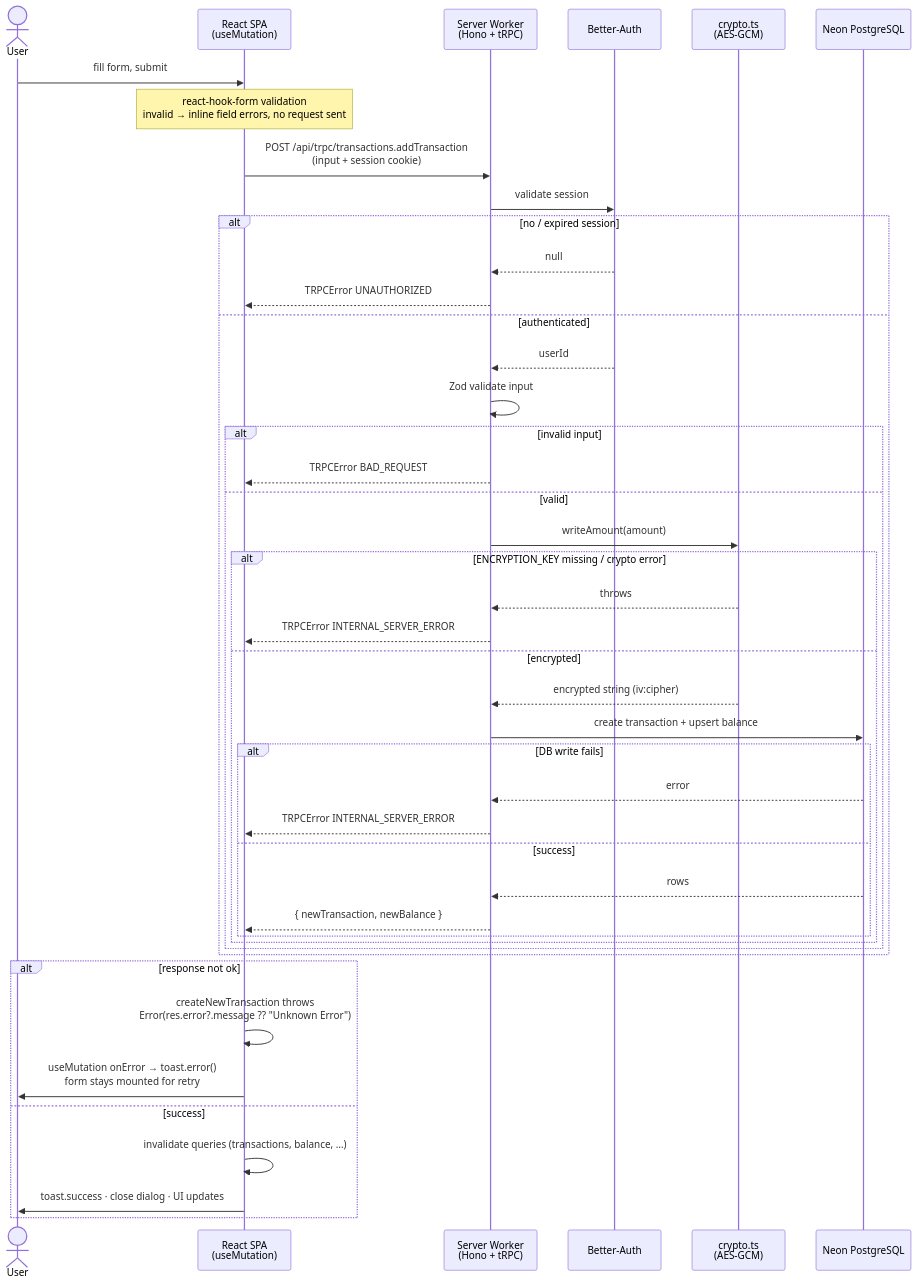
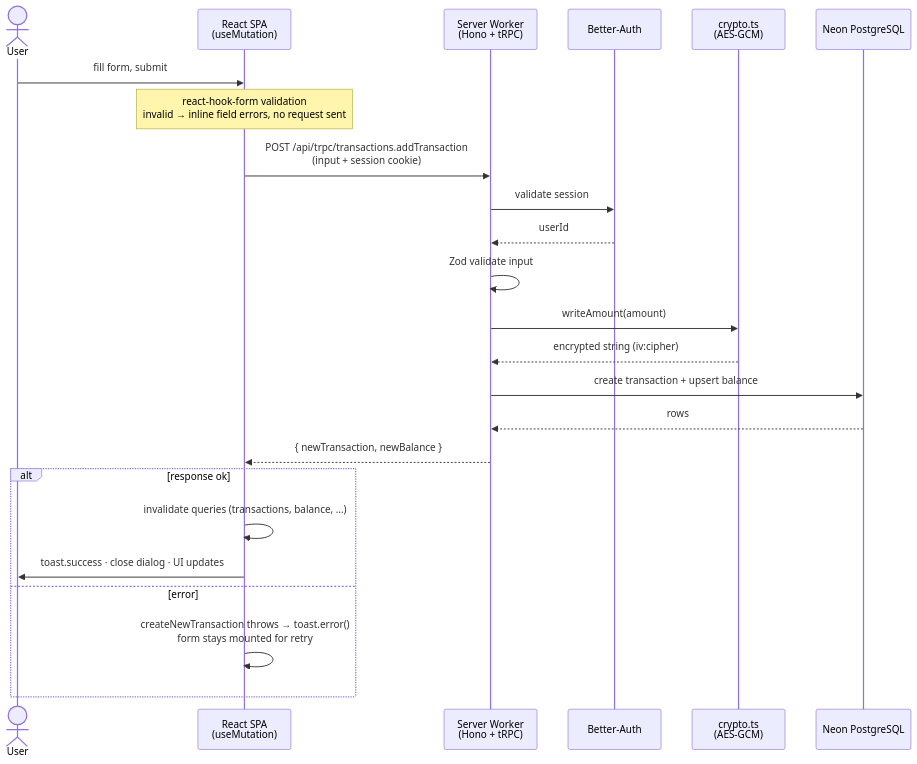
The second of 4 diagrams in SYSTEM_DESIGN.md (Pet3r1512/Zemonie), drawn with Mermaid before and after one commit. The commit also changed other lines of this file, not shown here.

Commit message:
doc: minimal error handler

````diff
--- a/SYSTEM_DESIGN.md
+++ b/SYSTEM_DESIGN.md
@@ -63,51 +63,31 @@
 ```mermaid
 sequenceDiagram
     actor User
     participant SPA as React SPA<br/>(useMutation)
     participant API as Server Worker<br/>(Hono + tRPC)
     participant Auth as Better-Auth
     participant Crypto as crypto.ts<br/>(AES-GCM)
     participant DB as Neon PostgreSQL
 
     User->>SPA: fill form, submit
 
     Note over SPA: react-hook-form validation<br/>invalid → inline field errors, no request sent
 
     SPA->>API: POST /api/trpc/transactions.addTransaction<br/>(input + session cookie)
 
     API->>Auth: validate session
-    alt no / expired session
-        Auth-->>API: null
-        API-->>SPA: TRPCError UNAUTHORIZED
-    else authenticated
-        Auth-->>API: userId
-        API->>API: Zod validate input
-        alt invalid input
-            API-->>SPA: TRPCError BAD_REQUEST
-        else valid
-            API->>Crypto: writeAmount(amount)
-            alt ENCRYPTION_KEY missing / crypto error
-                Crypto-->>API: throws
-                API-->>SPA: TRPCError INTERNAL_SERVER_ERROR
-            else encrypted
-                Crypto-->>API: encrypted string (iv:cipher)
-                API->>DB: create transaction + upsert balance
-                alt DB write fails
-                    DB-->>API: error
-                    API-->>SPA: TRPCError INTERNAL_SERVER_ERROR
-                else success
-                    DB-->>API: rows
-                    API-->>SPA: { newTransaction, newBalance }
-                end
-            end
-        end
-    end
+    Auth-->>API: userId
+    API->>API: Zod validate input
+    API->>Crypto: writeAmount(amount)
+    Crypto-->>API: encrypted string (iv:cipher)
+    API->>DB: create transaction + upsert balance
+    DB-->>API: rows
+    API-->>SPA: { newTransaction, newBalance }
 
-    alt response not ok
-        SPA->>SPA: createNewTransaction throws<br/>Error(res.error?.message ?? "Unknown Error")
-        SPA->>User: useMutation onError → toast.error()<br/>form stays mounted for retry
-    else success
+    alt response ok
         SPA->>SPA: invalidate queries (transactions, balance, …)
         SPA->>User: toast.success · close dialog · UI updates
+    else error
+        SPA->>SPA: createNewTransaction throws → toast.error()<br/>form stays mounted for retry
     end
 ```
````
